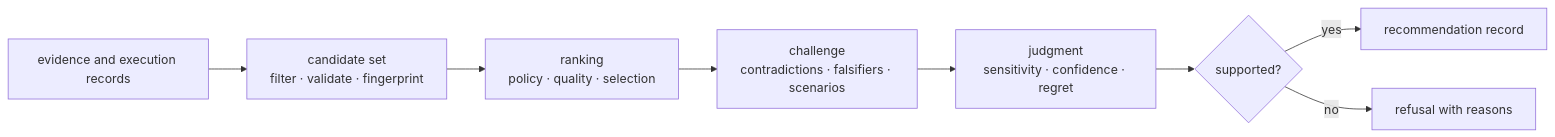
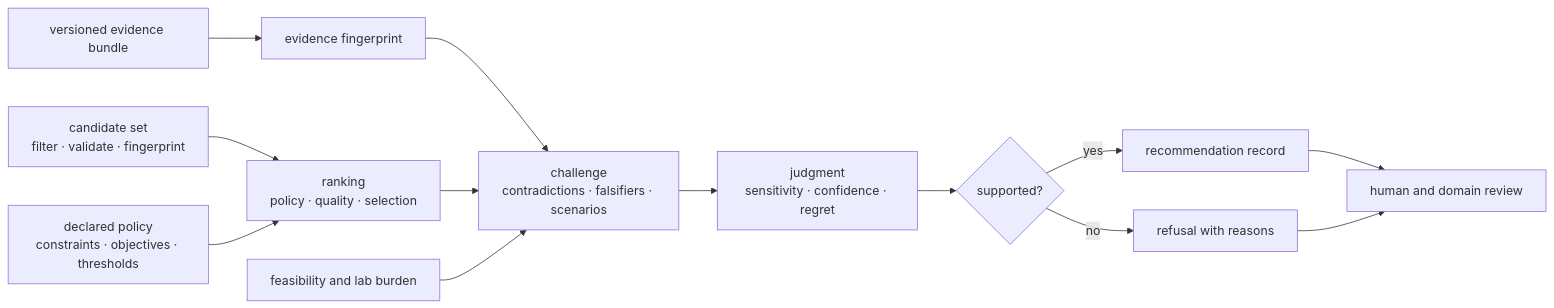
One commit to bijux/bijux-proteomics changed the first of 5 diagrams in docs/05-bijux-proteomics-intelligence/index.md. Above: the diagram before and after it, drawn with Mermaid. The commit also changed other lines of this file and 1 other file, not shown here.

Commit message:
docs(decisions): separate evidence policy and action authority

````diff
--- a/docs/05-bijux-proteomics-intelligence/index.md
+++ b/docs/05-bijux-proteomics-intelligence/index.md
@@ -23,14 +23,25 @@
 ```mermaid
 flowchart LR
-    evidence["evidence and execution records"]
+    evidence["versioned evidence bundle"]
+    snapshot["evidence fingerprint"]
     candidates["candidate set\nfilter · validate · fingerprint"]
+    policy["declared policy\nconstraints · objectives · thresholds"]
+    burden["feasibility and lab burden"]
     rank["ranking\npolicy · quality · selection"]
     challenge["challenge\ncontradictions · falsifiers · scenarios"]
     judgment["judgment\nsensitivity · confidence · regret"]
     result{"supported?"}
     recommend["recommendation record"]
     refuse["refusal with reasons"]
-    evidence --> candidates --> rank --> challenge --> judgment --> result
+    review["human and domain review"]
+    evidence --> snapshot --> challenge
+    candidates --> rank
+    policy --> rank
+    rank --> challenge
+    burden --> challenge
+    challenge --> judgment --> result
     result -->|yes| recommend
     result -->|no| refuse
+    recommend --> review
+    refuse --> review
 ```
````
